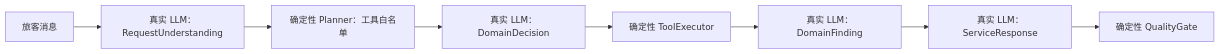
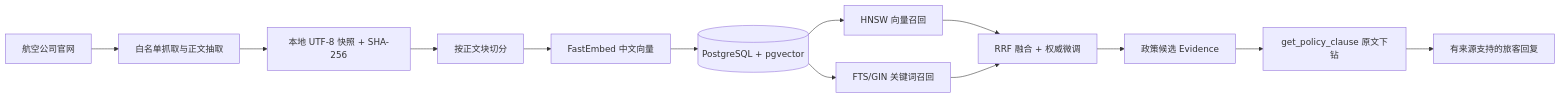
Before and after one commit to Dove-tech/echomind-airline-mvp: the diagram in docs/REAL_BACKENDS_GUIDE.md, drawn with Mermaid. The commit also changed other lines of this file and 46 other files, not shown here.

First line of the commit message:
feat: 接入 PostgreSQL 全链路并完善真实运行依赖

````diff
--- a/docs/REAL_BACKENDS_GUIDE.md
+++ b/docs/REAL_BACKENDS_GUIDE.md
@@ -94,10 +41,15 @@
 ```mermaid
 flowchart LR
-    U["旅客消息"] --> A["真实 LLM：RequestUnderstanding"]
-    A --> P["确定性 Planner：工具白名单"]
-    P --> D["真实 LLM：DomainDecision"]
-    D --> X["确定性 ToolExecutor"]
-    X --> F["真实 LLM：DomainFinding"]
-    F --> S["真实 LLM：ServiceResponse"]
-    S --> Q["确定性 QualityGate"]
+    WEB["航空公司官网"] --> SYNC["白名单抓取与正文抽取"]
+    SYNC --> SNAP["本地 UTF-8 快照 + SHA-256"]
+    SNAP --> CHUNK["按正文块切分"]
+    CHUNK --> EMB["FastEmbed 中文向量"]
+    EMB --> PG[("PostgreSQL + pgvector")]
+    PG --> V["HNSW 向量召回"]
+    PG --> F["FTS/GIN 关键词召回"]
+    V --> RRF["RRF 融合 + 权威微调"]
+    F --> RRF
+    RRF --> CANDIDATE["政策候选 Evidence"]
+    CANDIDATE --> CLAUSE["get_policy_clause 原文下钻"]
+    CLAUSE --> ANSWER["有来源支持的旅客回复"]
 ```
````
